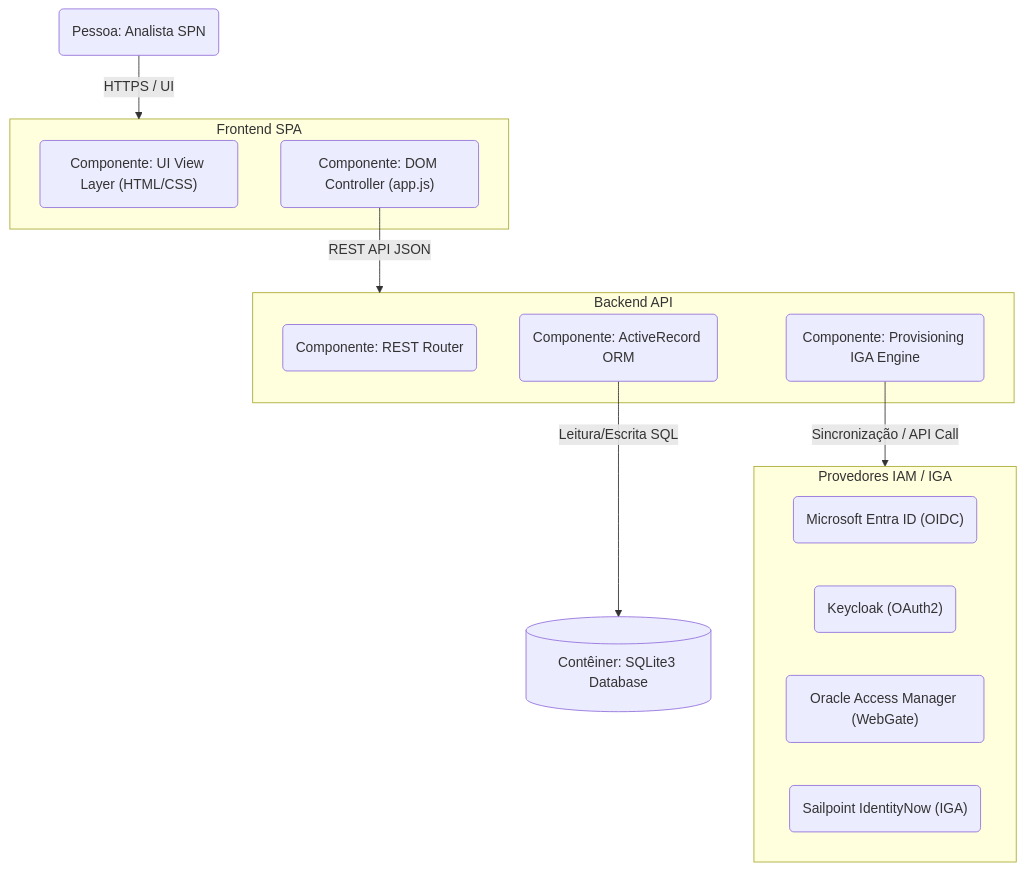
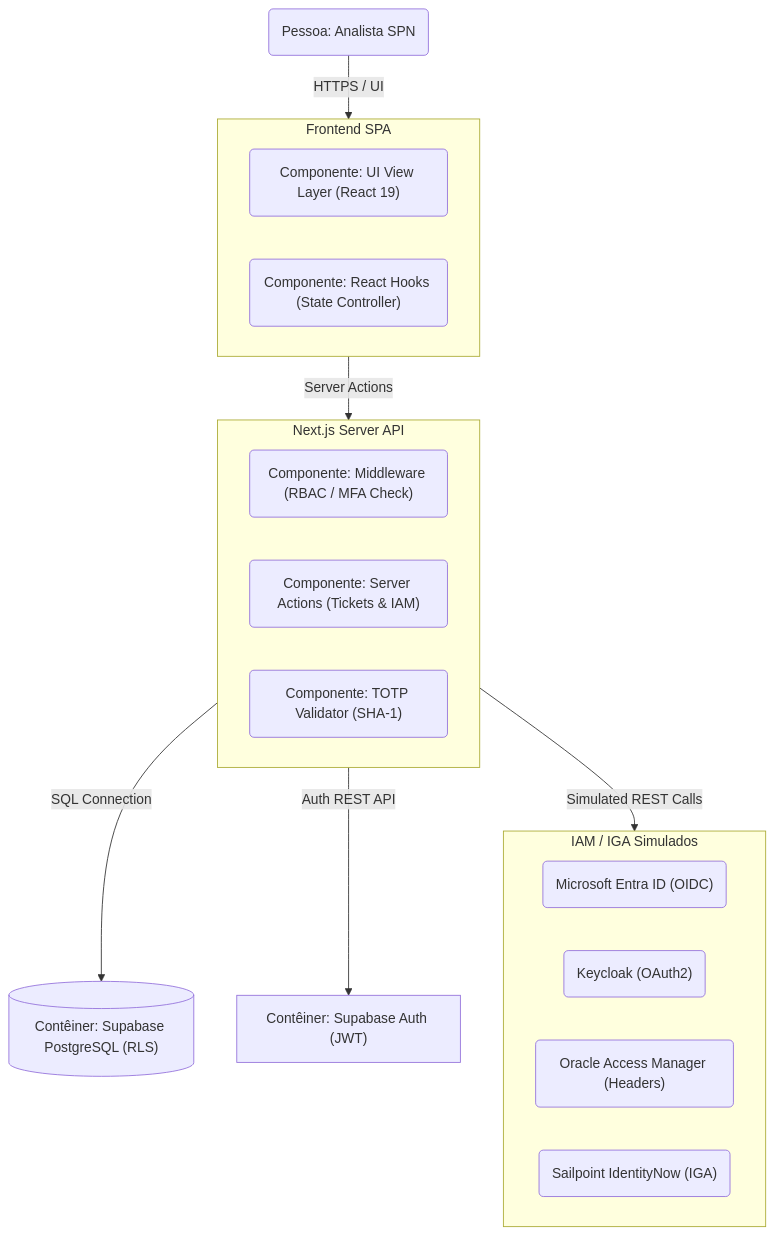
The diagram in docs/official_documentation.md (Marcusvgoncalves/cyber-itsm), drawn with Mermaid before and after one commit. The commit also changed other lines of this file and 34 other files, not shown here.

Commit message:
feat(rebuild): consolidar reescrita completa para Next.js e Supabase com MFA e abas

````diff
--- a/docs/official_documentation.md
+++ b/docs/official_documentation.md
@@ -15,27 +15,28 @@
 ```mermaid
 graph TD
-  User("Pessoa: Analista SPN") -->|HTTPS / UI| SPA("Contêiner: Frontend SPA (Vivo Mistica)")
+  User("Pessoa: Analista SPN") -->|HTTPS / UI| Client("Contêiner: Next.js SPA (Vivo Mistica)")
   
-  subgraph SPA [Frontend SPA]
-    View("Componente: UI View Layer (HTML/CSS)")
-    JS("Componente: DOM Controller (app.js)")
+  subgraph Client [Frontend SPA]
+    View("Componente: UI View Layer (React 19)")
+    State("Componente: React Hooks (State Controller)")
   end
 
-  JS -->|REST API JSON| Sinatra("Contêiner: Backend API (Sinatra)")
+  Client -->|Server Actions| VercelServer("Contêiner: Vercel Edge / Serverless API")
 
-  subgraph Sinatra [Backend API]
-    Router("Componente: REST Router")
-    ORM("Componente: ActiveRecord ORM")
-    IGA("Componente: Provisioning IGA Engine")
+  subgraph VercelServer [Next.js Server API]
+    Middleware("Componente: Middleware (RBAC / MFA Check)")
+    Actions("Componente: Server Actions (Tickets & IAM)")
+    TOTP("Componente: TOTP Validator (SHA-1)")
   end
 
-  ORM -->|Leitura/Escrita SQL| DB[("Contêiner: SQLite3 Database")]
-  IGA -->|Sincronização / API Call| ExtIAM("Microsserviços Externos de Identidades (Simulados)")
+  VercelServer -->|SQL Connection| SupabaseDB[("Contêiner: Supabase PostgreSQL (RLS)")]
+  VercelServer -->|Auth REST API| SupabaseAuth["Contêiner: Supabase Auth (JWT)"]
+  VercelServer -->|Simulated REST Calls| ExtIAM("Provedores IAM / IGA")
 
-  subgraph ExtIAM [Provedores IAM / IGA]
+  subgraph ExtIAM [IAM / IGA Simulados]
     Entra("Microsoft Entra ID (OIDC)")
     Keycloak("Keycloak (OAuth2)")
-    OAM("Oracle Access Manager (WebGate)")
+    OAM("Oracle Access Manager (Headers)")
     Sailpoint("Sailpoint IdentityNow (IGA)")
   end
 ```
````
